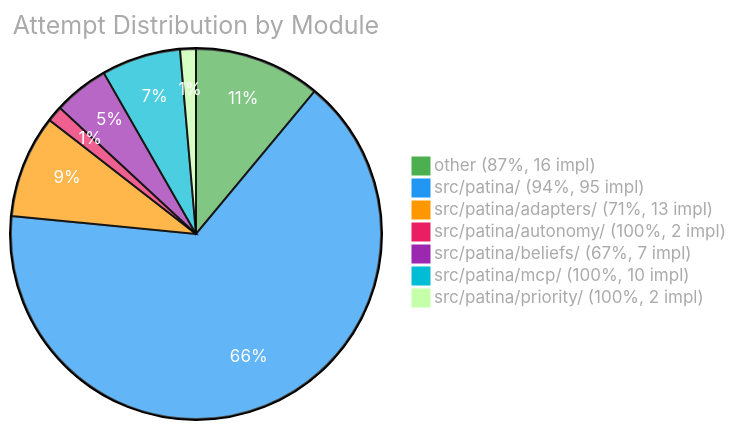
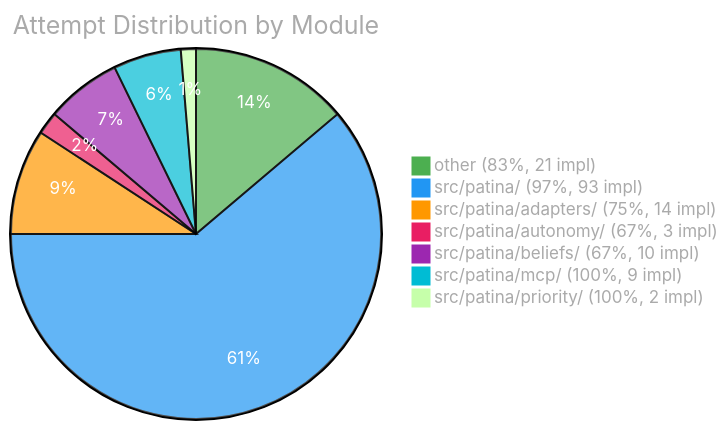
The third of 3 diagrams in EVAL.md (Sanctum-Origo-Systems/patina), drawn with Mermaid before and after one commit. The commit also changed other lines of this file and 1 other file, not shown here.

````diff
--- a/EVAL.md
+++ b/EVAL.md
@@ -37,11 +37,11 @@
 ```mermaid
 %%{init: {'theme': 'base', 'themeVariables': {'pie1': '#4CAF50', 'pie2': '#2196F3', 'pie3': '#FF9800', 'pie4': '#E91E63', 'pie5': '#9C27B0', 'pie6': '#00BCD4', 'pieTitleTextColor': '#aaa', 'pieLegendTextColor': '#aaa', 'pieSectionTextColor': '#fff'}}}%%
 pie title Attempt Distribution by Module
-    "other (87%, 16 impl)" : 16
-    "src/patina/ (94%, 95 impl)" : 95
-    "src/patina/adapters/ (71%, 13 impl)" : 13
-    "src/patina/autonomy/ (100%, 2 impl)" : 2
-    "src/patina/beliefs/ (67%, 7 impl)" : 7
-    "src/patina/mcp/ (100%, 10 impl)" : 10
+    "other (83%, 21 impl)" : 21
+    "src/patina/ (97%, 93 impl)" : 93
+    "src/patina/adapters/ (75%, 14 impl)" : 14
+    "src/patina/autonomy/ (67%, 3 impl)" : 3
+    "src/patina/beliefs/ (67%, 10 impl)" : 10
+    "src/patina/mcp/ (100%, 9 impl)" : 9
     "src/patina/priority/ (100%, 2 impl)" : 2
 ```
````
